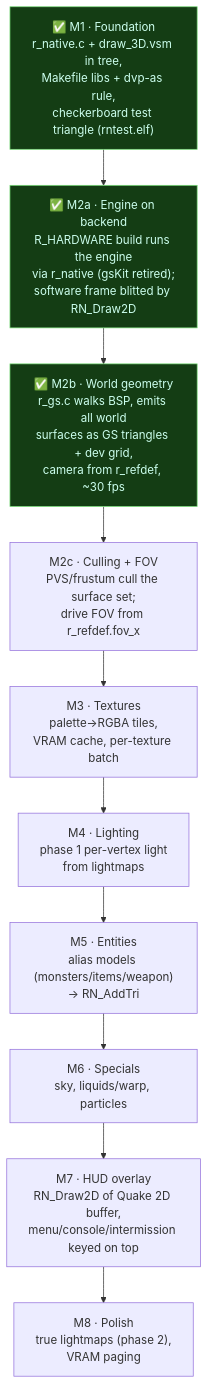
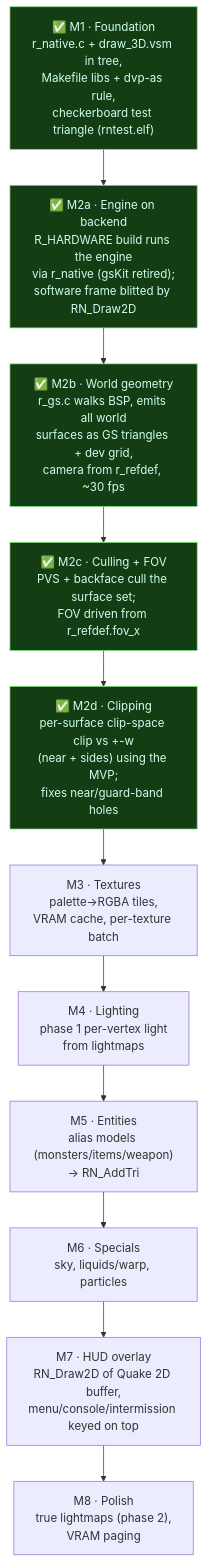
One commit to Arawn-Davies/ps2quake changed the ninth of 9 diagrams in docs/gs-renderer.md. Above: the diagram before and after it, drawn with Mermaid. The commit also changed other lines of this file and 6 other files, not shown here.

First line of the commit message:
GS renderer M2c/M2d: culling, clip-space clipping, video modes

````diff
--- a/docs/gs-renderer.md
+++ b/docs/gs-renderer.md
@@ -351,18 +353,21 @@
 ```mermaid
 flowchart TD
     M1["✅ M1 · Foundation<br/>r_native.c + draw_3D.vsm in tree,<br/>Makefile libs + dvp-as rule,<br/>checkerboard test triangle (rntest.elf)"]
     M2a["✅ M2a · Engine on backend<br/>R_HARDWARE build runs the engine<br/>via r_native (gsKit retired);<br/>software frame blitted by RN_Draw2D"]
     M2b["✅ M2b · World geometry<br/>r_gs.c walks BSP, emits all world<br/>surfaces as GS triangles + dev grid,<br/>camera from r_refdef, ~30 fps"]
-    M2c["M2c · Culling + FOV<br/>PVS/frustum cull the surface set;<br/>drive FOV from r_refdef.fov_x"]
+    M2c["✅ M2c · Culling + FOV<br/>PVS + backface cull the surface set;<br/>FOV driven from r_refdef.fov_x"]
+    M2d["✅ M2d · Clipping<br/>per-surface clip-space clip vs +-w<br/>(near + sides) using the MVP;<br/>fixes near/guard-band holes"]
     M3["M3 · Textures<br/>palette→RGBA tiles,<br/>VRAM cache, per-texture batch"]
     M4["M4 · Lighting<br/>phase 1 per-vertex light<br/>from lightmaps"]
     M5["M5 · Entities<br/>alias models (monsters/items/weapon)<br/>→ RN_AddTri"]
     M6["M6 · Specials<br/>sky, liquids/warp, particles"]
     M7["M7 · HUD overlay<br/>RN_Draw2D of Quake 2D buffer,<br/>menu/console/intermission keyed on top"]
     M8["M8 · Polish<br/>true lightmaps (phase 2),<br/>VRAM paging"]
-    M1 --> M2a --> M2b --> M2c --> M3 --> M4 --> M5 --> M6 --> M7 --> M8
+    M1 --> M2a --> M2b --> M2c --> M2d --> M3 --> M4 --> M5 --> M6 --> M7 --> M8
 
     style M1 fill:#143d14,stroke:#7d7,color:#cfe
     style M2a fill:#143d14,stroke:#7d7,color:#cfe
     style M2b fill:#143d14,stroke:#7d7,color:#cfe
+    style M2c fill:#143d14,stroke:#7d7,color:#cfe
+    style M2d fill:#143d14,stroke:#7d7,color:#cfe
 ```
````
